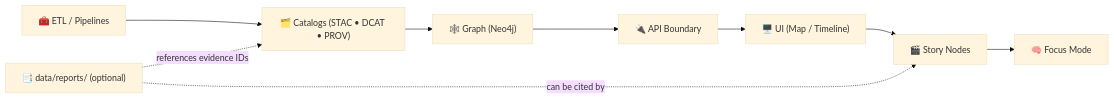
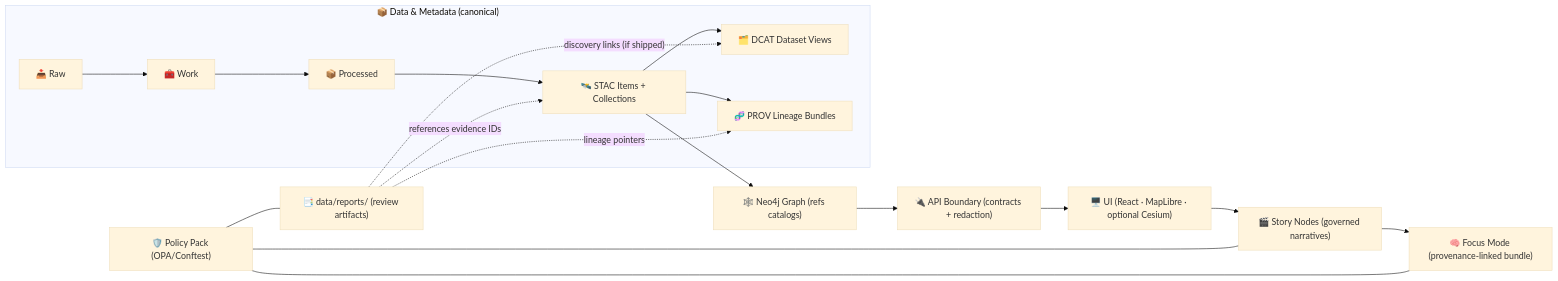
One commit to bartytime4life/Kansas-Frontier-Matrix changed the first of 2 diagrams in data/reports/README.md. Above: the diagram before and after it, drawn with Mermaid (base theme). The commit also changed other lines of this file, not shown here.

````diff
--- a/data/reports/README.md
+++ b/data/reports/README.md
@@ -121,12 +143,24 @@
 ```mermaid
 flowchart LR
-  ETL["🧰 ETL / Pipelines"] --> CAT["🗂️ Catalogs (STAC • DCAT • PROV)"]
-  CAT --> GRAPH["🕸️ Graph (Neo4j)"]
-  GRAPH --> API["🔌 API Boundary"]
-  API --> UI["🖥️ UI (Map / Timeline)"]
-  UI --> STORY["🎬 Story Nodes"]
-  STORY --> FOCUS["🧠 Focus Mode"]
+  subgraph Data["📦 Data & Metadata (canonical)"]
+    RAW["📥 Raw"] --> WORK["🧰 Work"]
+    WORK --> PROC["📦 Processed"]
+    PROC --> STAC["🛰️ STAC Items + Collections"]
+    STAC --> DCAT["🗂️ DCAT Dataset Views"]
+    STAC --> PROV["🧬 PROV Lineage Bundles"]
+  end
 
-  REP["📑 data/reports/ (optional)"] -. "references evidence IDs" .-> CAT
-  REP -. "can be cited by" .-> STORY
+  STAC --> GRAPH["🕸️ Neo4j Graph (refs catalogs)"]
+  GRAPH --> API["🔌 API Boundary (contracts + redaction)"]
+  API --> UI["🖥️ UI (React · MapLibre · optional Cesium)"]
+  UI --> STORY["🎬 Story Nodes (governed narratives)"]
+  STORY --> FOCUS["🧠 Focus Mode (provenance-linked bundle)"]
+
+  REP["📑 data/reports/ (review artifacts)"] -. "references evidence IDs" .-> STAC
+  REP -. "discovery links (if shipped)" .-> DCAT
+  REP -. "lineage pointers" .-> PROV
+
+  POLICY["🛡️ Policy Pack (OPA/Conftest)"] --- REP
+  POLICY --- STORY
+  POLICY --- FOCUS
 ```
````
